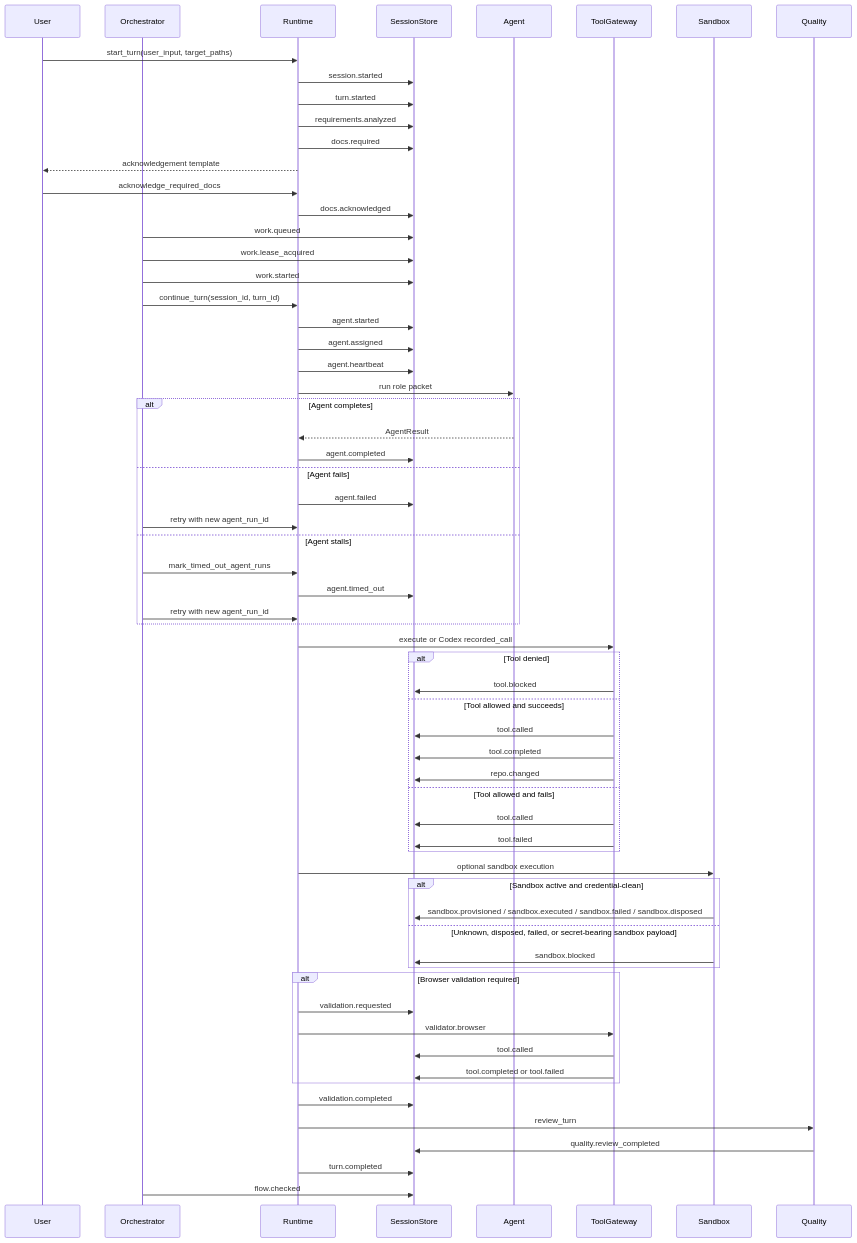
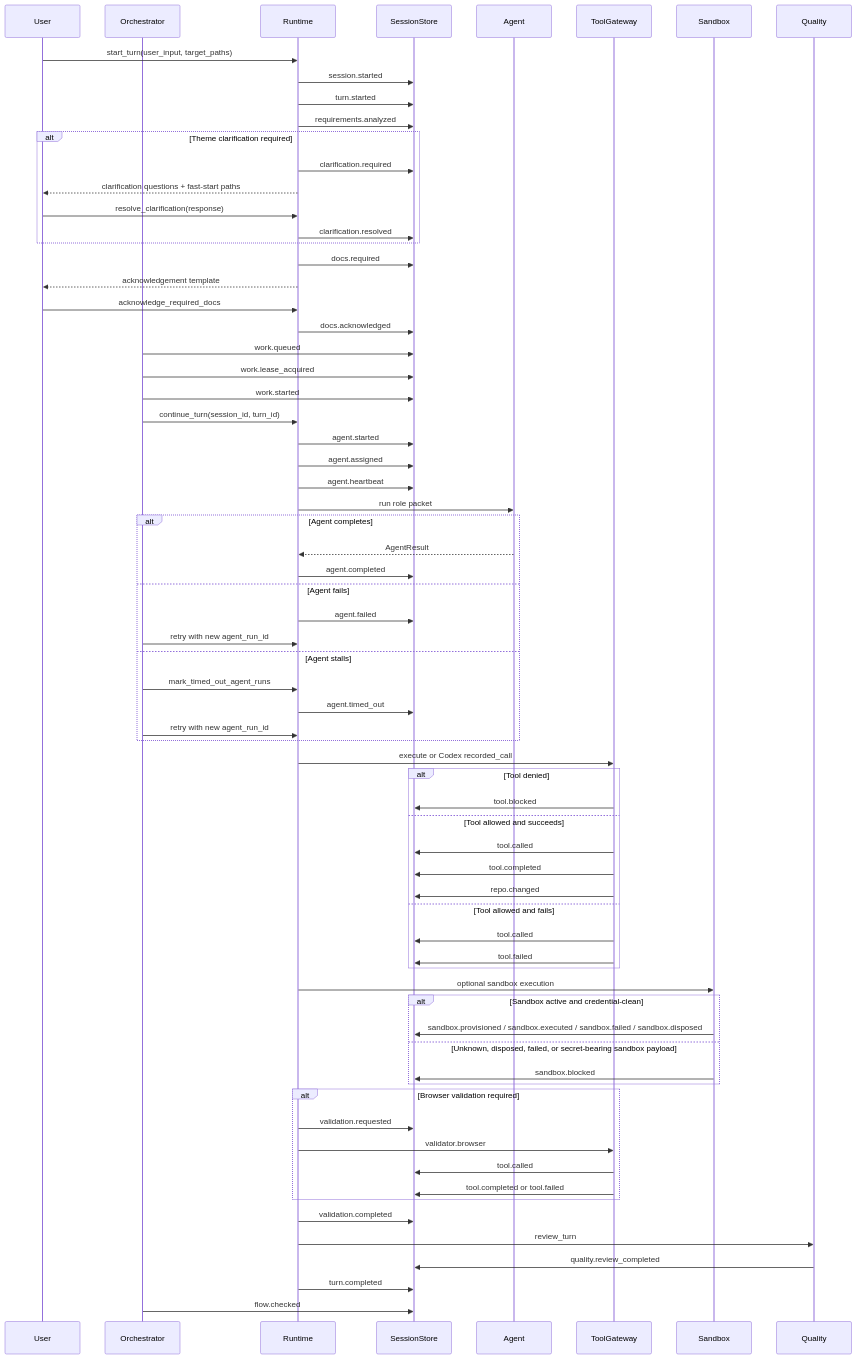
The second of 2 diagrams in docs/harness/execution-flow.md (blackstarzck/v12), drawn with Mermaid before and after one commit. The commit also changed other lines of this file and 37 other files, not shown here.

````diff
--- a/docs/harness/execution-flow.md
+++ b/docs/harness/execution-flow.md
@@ -112,67 +122,73 @@
 ```mermaid
 sequenceDiagram
     participant User
     participant Orchestrator
     participant Runtime
     participant SessionStore
     participant Agent
     participant ToolGateway
     participant Sandbox
     participant Quality
 
     User->>Runtime: start_turn(user_input, target_paths)
     Runtime->>SessionStore: session.started
     Runtime->>SessionStore: turn.started
     Runtime->>SessionStore: requirements.analyzed
+    alt Theme clarification required
+        Runtime->>SessionStore: clarification.required
+        Runtime-->>User: clarification questions + fast-start paths
+        User->>Runtime: resolve_clarification(response)
+        Runtime->>SessionStore: clarification.resolved
+    end
     Runtime->>SessionStore: docs.required
     Runtime-->>User: acknowledgement template
     User->>Runtime: acknowledge_required_docs
     Runtime->>SessionStore: docs.acknowledged
     Orchestrator->>SessionStore: work.queued
     Orchestrator->>SessionStore: work.lease_acquired
     Orchestrator->>SessionStore: work.started
     Orchestrator->>Runtime: continue_turn(session_id, turn_id)
     Runtime->>SessionStore: agent.started
     Runtime->>SessionStore: agent.assigned
     Runtime->>SessionStore: agent.heartbeat
     Runtime->>Agent: run role packet
     alt Agent completes
         Agent-->>Runtime: AgentResult
         Runtime->>SessionStore: agent.completed
     else Agent fails
         Runtime->>SessionStore: agent.failed
         Orchestrator->>Runtime: retry with new agent_run_id
     else Agent stalls
         Orchestrator->>Runtime: mark_timed_out_agent_runs
         Runtime->>SessionStore: agent.timed_out
         Orchestrator->>Runtime: retry with new agent_run_id
     end
     Runtime->>ToolGateway: execute or Codex recorded_call
     alt Tool denied
         ToolGateway->>SessionStore: tool.blocked
     else Tool allowed and succeeds
         ToolGateway->>SessionStore: tool.called
         ToolGateway->>SessionStore: tool.completed
         ToolGateway->>SessionStore: repo.changed
     else Tool allowed and fails
         ToolGateway->>SessionStore: tool.called
         ToolGateway->>SessionStore: tool.failed
     end
     Runtime->>Sandbox: optional sandbox execution
     alt Sandbox active and credential-clean
         Sandbox->>SessionStore: sandbox.provisioned / sandbox.executed / sandbox.failed / sandbox.disposed
     else Unknown, disposed, failed, or secret-bearing sandbox payload
         Sandbox->>SessionStore: sandbox.blocked
     end
     alt Browser validation required
         Runtime->>SessionStore: validation.requested
         Runtime->>ToolGateway: validator.browser
         ToolGateway->>SessionStore: tool.called
         ToolGateway->>SessionStore: tool.completed or tool.failed
     end
     Runtime->>SessionStore: validation.completed
     Runtime->>Quality: review_turn
     Quality->>SessionStore: quality.review_completed
     Runtime->>SessionStore: turn.completed
     Orchestrator->>SessionStore: flow.checked
 ```
````
